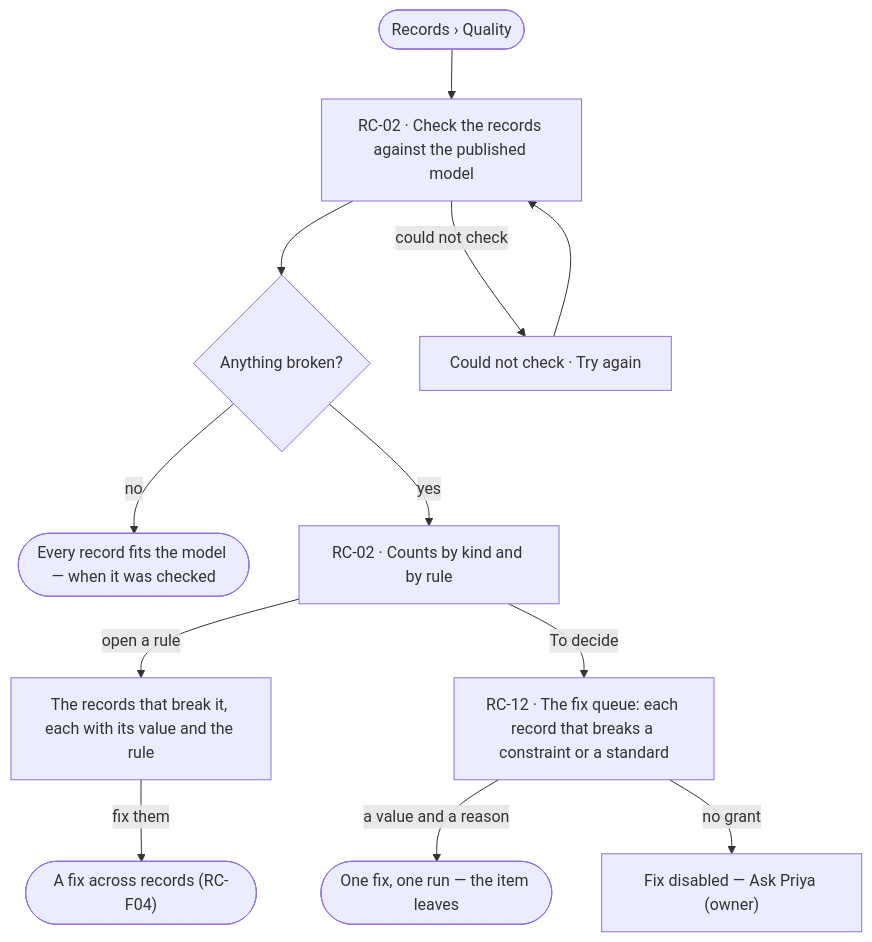
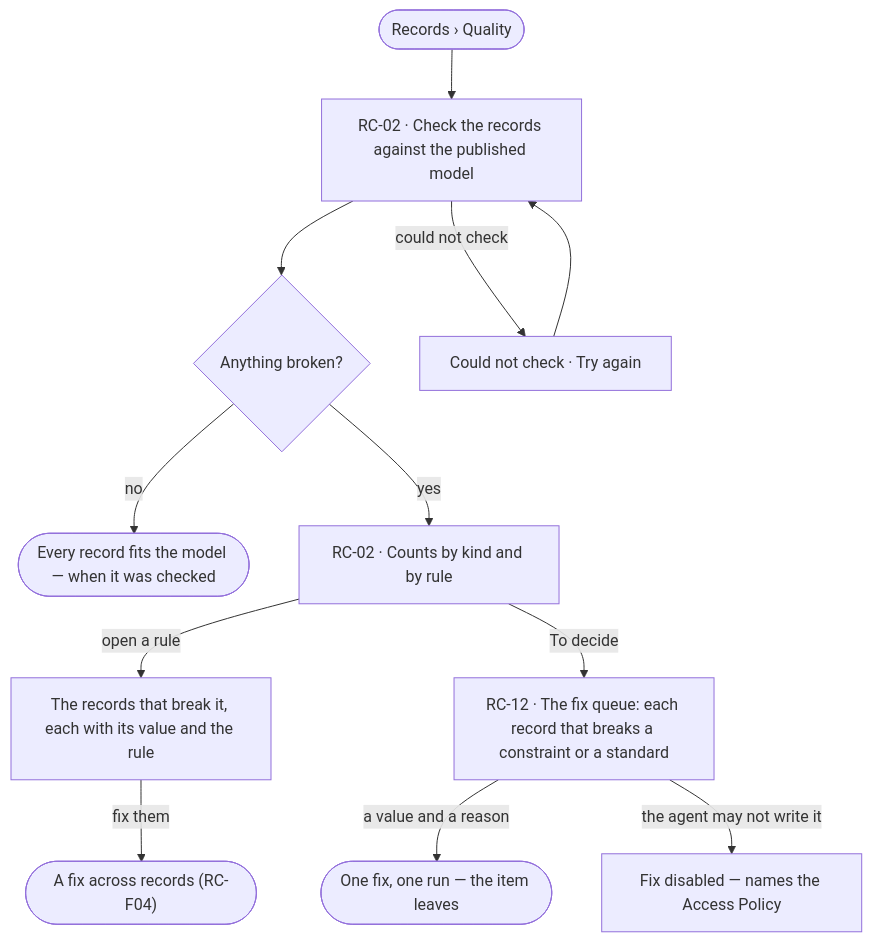
Before and after one commit to invana/invana: the diagram in specs/capabilities/records/features/RC-F03-quality-against-the-model/feature.md, drawn with Mermaid. The commit also changed other lines of this file and 300 other files, not shown here.

````diff
--- a/specs/capabilities/records/features/RC-F03-quality-against-the-model/feature.md
+++ b/specs/capabilities/records/features/RC-F03-quality-against-the-model/feature.md
@@ -22,13 +22,13 @@
 ```mermaid
 flowchart TD
   start([Records › Quality]) --> run["RC-02 · Check the records against the published model"]
   run --> any{Anything broken?}
   any -->|no| ok(["Every record fits the model — when it was checked"])
   any -->|yes| sum["RC-02 · Counts by kind and by rule"]
   sum -->|open a rule| rows["The records that break it, each with its value and the rule"]
   rows -->|fix them| fix(["A fix across records (RC-F04)"])
   sum -->|To decide| q["RC-12 · The fix queue: each record that breaks a constraint or a standard"]
   q -->|a value and a reason| one(["One fix, one run — the item leaves"])
-  q -->|no grant| qna["Fix disabled — Ask Priya (owner)"]
+  q -->|the agent may not write it| qna["Fix disabled — names the Access Policy"]
   run -->|could not check| f["Could not check · Try again"] --> run
 ```
````
